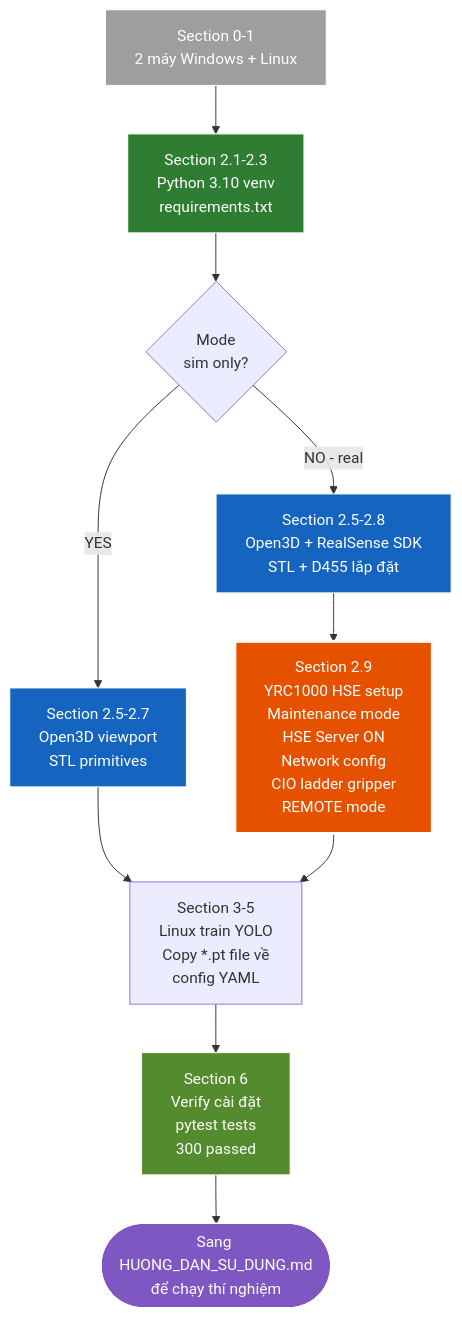
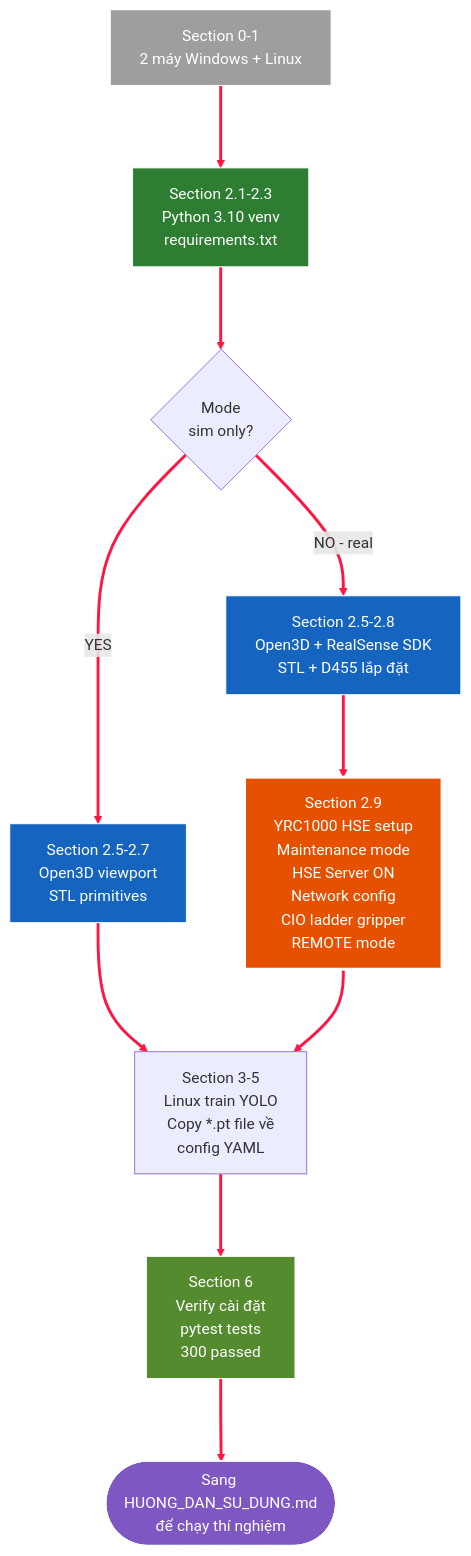
The diagram in docs/HUONG_DAN_CAI_DAT.md (manhhv87/DTwinGP7), drawn with Mermaid before and after one commit. The commit also changed other lines of this file and 26 other files, not shown here.

````diff
--- a/docs/HUONG_DAN_CAI_DAT.md
+++ b/docs/HUONG_DAN_CAI_DAT.md
@@ -17,20 +17,22 @@
 ```mermaid
+%%{init: {'flowchart': {'nodeSpacing': 60, 'rankSpacing': 85, 'useMaxWidth': false}}}%%
 flowchart TB
     S0[Section 0-1<br/>2 máy Windows + Linux] --> S1[Section 2.1-2.3<br/>Python 3.10 venv<br/>requirements.txt]
     S1 --> Q1{Mode<br/>sim only?}
     Q1 -->|YES| S2A[Section 2.5-2.7<br/>Open3D viewport<br/>STL primitives]
     Q1 -->|NO - real| S2B[Section 2.5-2.8<br/>Open3D + RealSense SDK<br/>STL + D455 lắp đặt]
     S2B --> S3[Section 2.9<br/>YRC1000 HSE setup<br/>Maintenance mode<br/>HSE Server ON<br/>Network config<br/>CIO ladder gripper<br/>REMOTE mode]
     S2A --> S4[Section 3-5<br/>Linux train YOLO<br/>Copy *.pt file về<br/>config YAML]
     S3 --> S4
     S4 --> S5[Section 6<br/>Verify cài đặt<br/>pytest tests<br/>300 passed]
     S5 --> DONE([Sang HUONG_DAN_SU_DUNG.md<br/>để chạy thí nghiệm])
 
     style S0 fill:#9E9E9E,stroke:#fff,color:#fff
     style S1 fill:#2E7D32,stroke:#fff,color:#fff
     style S2A fill:#1565C0,stroke:#fff,color:#fff
     style S2B fill:#1565C0,stroke:#fff,color:#fff
     style S3 fill:#E65100,stroke:#fff,stroke-width:3px,color:#fff
     style S5 fill:#558B2F,stroke:#fff,color:#fff
     style DONE fill:#7E57C2,stroke:#fff,color:#fff
+    linkStyle default stroke:#FF1744,stroke-width:3px
 ```
````
